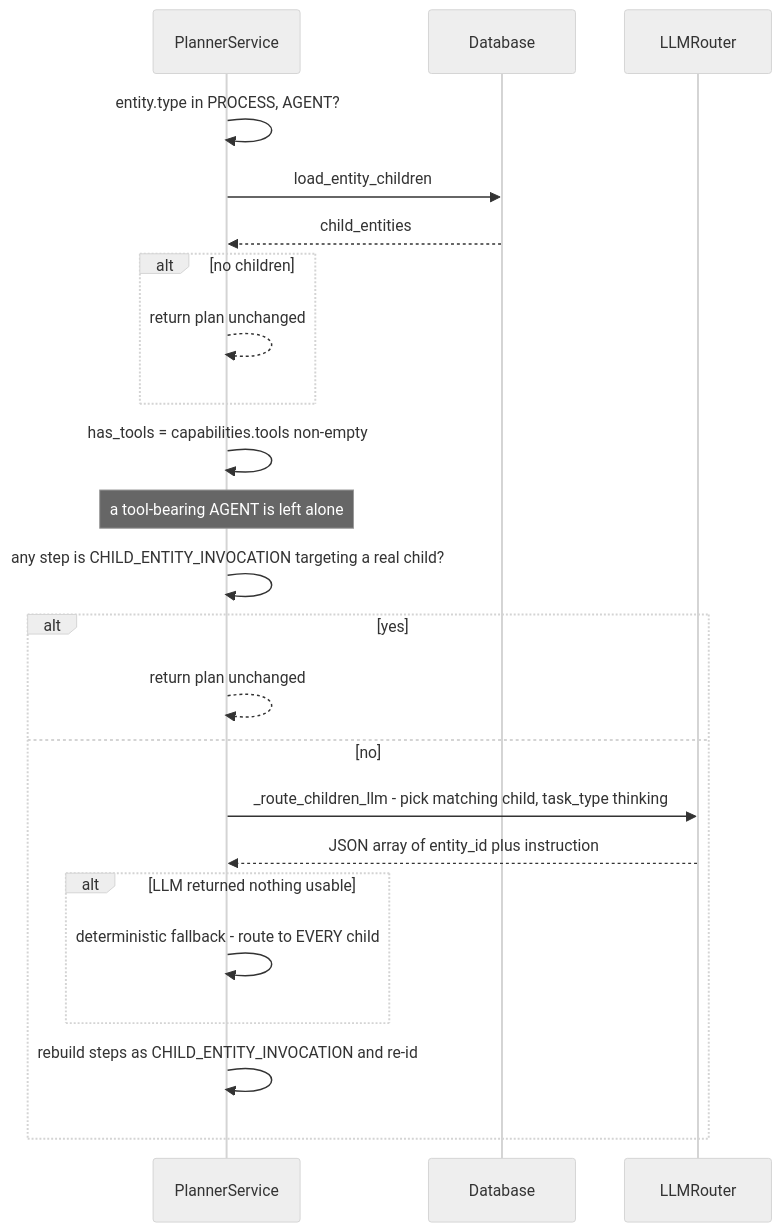
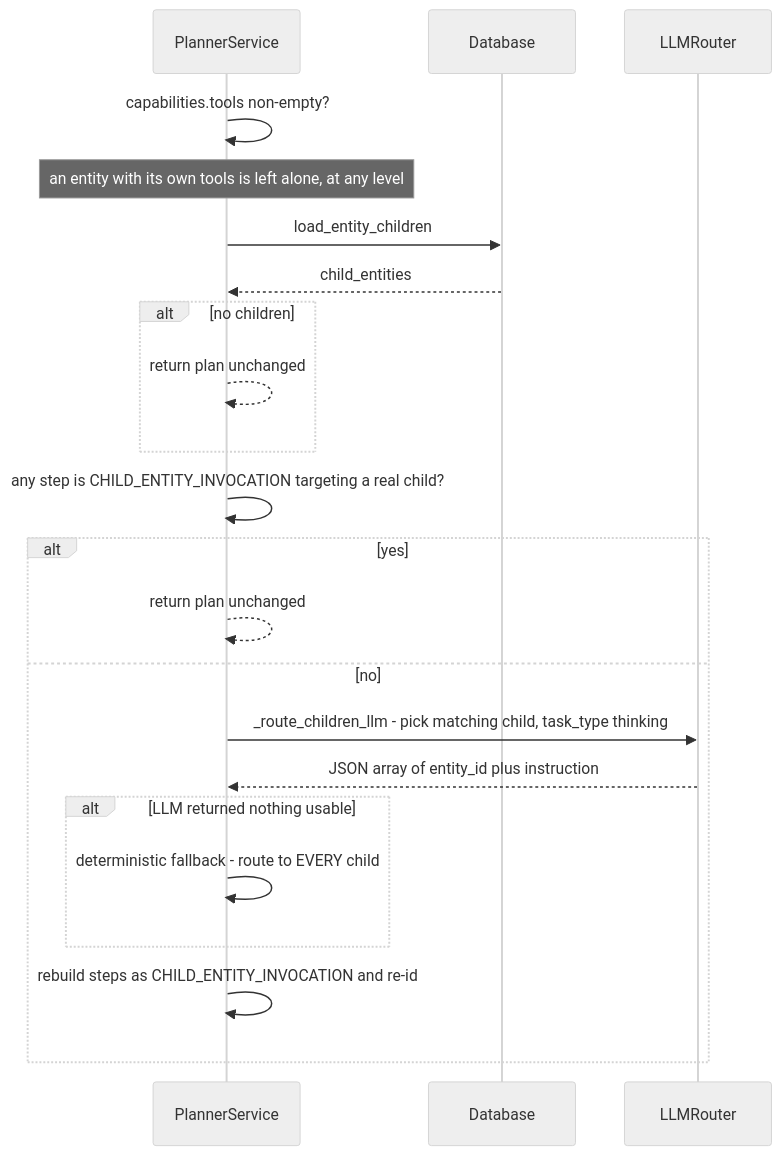
One commit to gondolerahul/hire-buddha-app changed the fourth of 27 diagrams in docs/current/07-planning-and-critics.md. Above: the diagram before and after it, drawn with Mermaid (neutral theme). The commit also changed other lines of this file and 15 other files, not shown here.

````diff
--- a/docs/current/07-planning-and-critics.md
+++ b/docs/current/07-planning-and-critics.md
@@ -246,26 +244,25 @@
 ```mermaid
 sequenceDiagram
     participant PS as PlannerService
     participant DB as Database
     participant LLM as LLMRouter
 
-    PS->>PS: entity.type in PROCESS, AGENT?
+    PS->>PS: capabilities.tools non-empty?
+    Note over PS: an entity with its own tools is left alone, at any level
     PS->>DB: load_entity_children
     DB-->>PS: child_entities
     alt no children
         PS-->>PS: return plan unchanged
     end
-    PS->>PS: has_tools = capabilities.tools non-empty
-    Note over PS: a tool-bearing AGENT is left alone
     PS->>PS: any step is CHILD_ENTITY_INVOCATION targeting a real child?
     alt yes
         PS-->>PS: return plan unchanged
     else no
         PS->>LLM: _route_children_llm - pick matching child, task_type thinking
         LLM-->>PS: JSON array of entity_id plus instruction
         alt LLM returned nothing usable
             PS->>PS: deterministic fallback - route to EVERY child
         end
         PS->>PS: rebuild steps as CHILD_ENTITY_INVOCATION and re-id
     end
 ```
````
